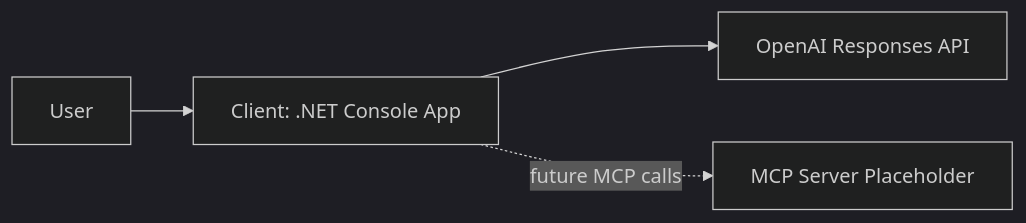
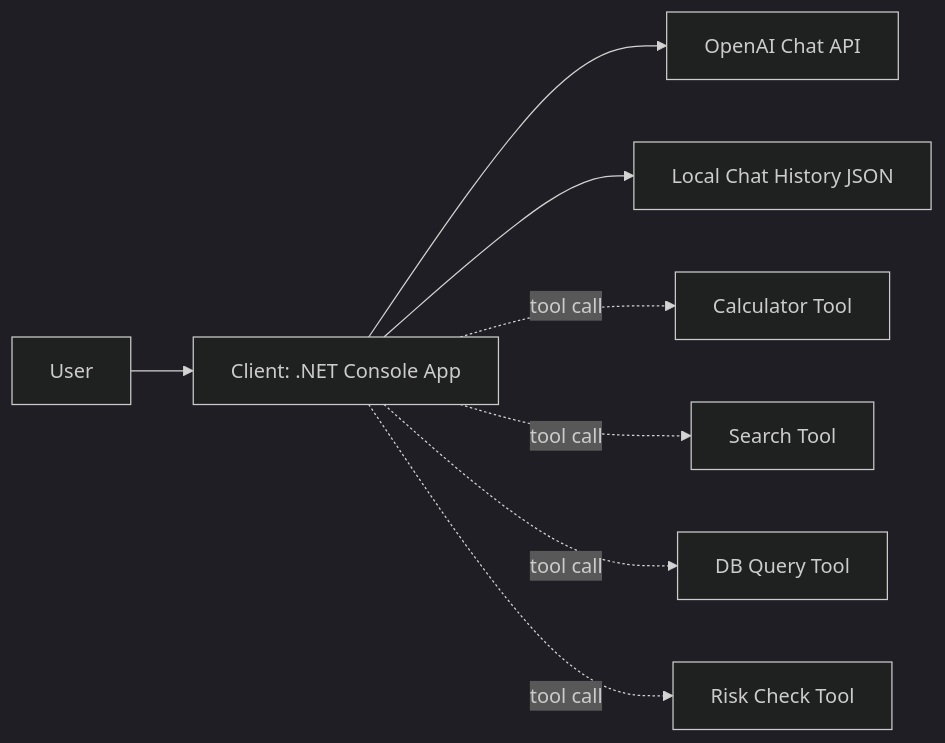
Before and after one commit to chabasinskiprzemyslaw/mcp-poc: the first of 2 diagrams in spec/high-level-design.md, drawn with Mermaid (dark theme). The commit also changed other lines of this file and 22 other files, not shown here.

First line of the commit message:
feat: Implement MCP client with OpenAI integration and local tool services

````diff
--- a/spec/high-level-design.md
+++ b/spec/high-level-design.md
@@ -42,6 +44,10 @@
 ```mermaid
 flowchart LR
     U[User] --> C[Client: .NET Console App]
-    C --> O[OpenAI Responses API]
-    C -. future MCP calls .-> S[MCP Server Placeholder]
+    C --> O[OpenAI Chat API]
+    C --> H[Local Chat History JSON]
+    C -. tool call .-> T1[Calculator Tool]
+    C -. tool call .-> T2[Search Tool]
+    C -. tool call .-> T3[DB Query Tool]
+    C -. tool call .-> T4[Risk Check Tool]
 ```
````
